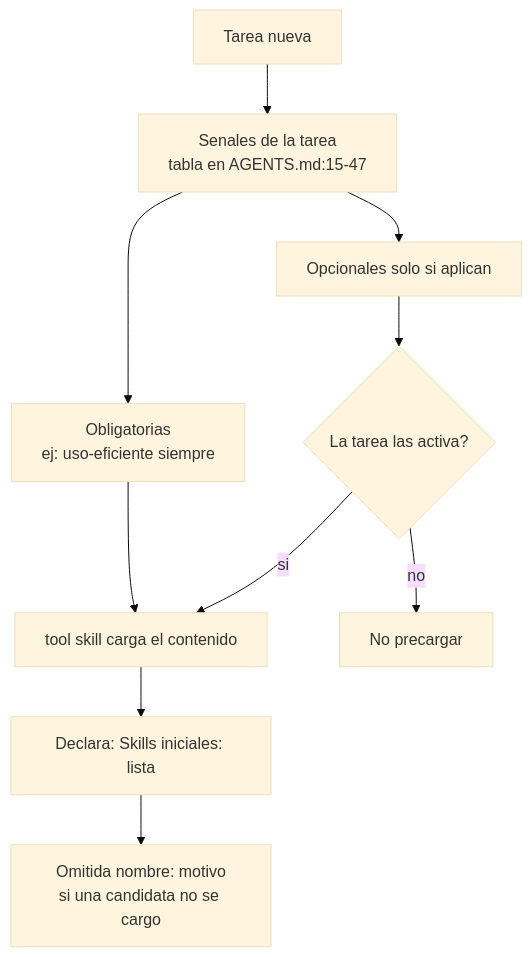
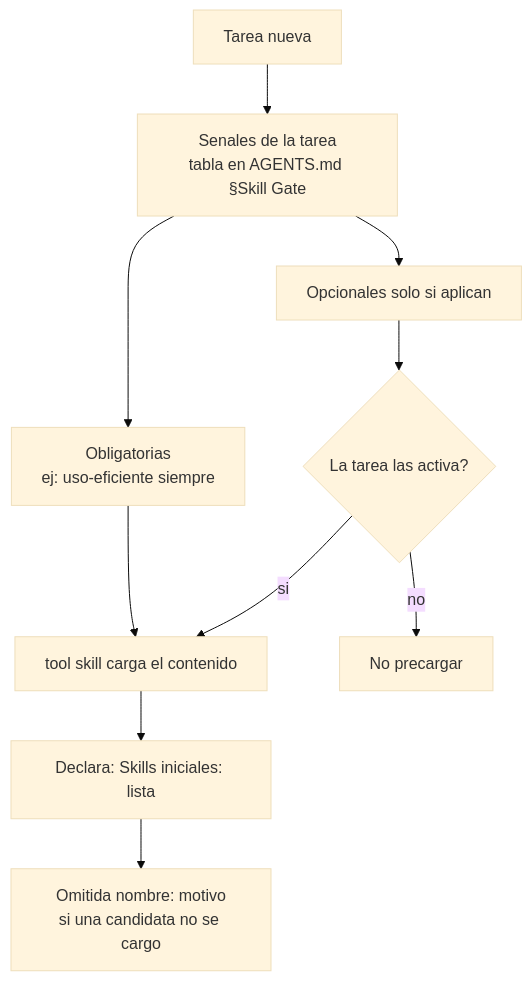
The second of 7 diagrams in .opencode/Logs/pipeline-ejecucion-tareas.md (darman-prog/HarnessConfig), drawn with Mermaid (base theme) before and after one commit. The commit also changed other lines of this file and 2 other files, not shown here.

````diff
--- a/.opencode/Logs/pipeline-ejecucion-tareas.md
+++ b/.opencode/Logs/pipeline-ejecucion-tareas.md
@@ -69,13 +70,13 @@
 ```mermaid
 flowchart TD
-    T["Tarea nueva"] --> S["Senales de la tarea<br/>tabla en AGENTS.md:15-47"]
+    T["Tarea nueva"] --> S["Senales de la tarea<br/>tabla en AGENTS.md §Skill Gate"]
     S --> OB["Obligatorias<br/>ej: uso-eficiente siempre"]
     S --> OP["Opcionales solo si aplican"]
     OB --> C["tool skill carga el contenido"]
     OP --> Q{"La tarea las activa?"}
     Q --> |"si"| C
     Q --> |"no"| N["No precargar"]
     C --> D["Declara: Skills iniciales: lista"]
     D --> O2["Omitida nombre: motivo<br/>si una candidata no se cargo"]
     click D href "#sec-7" "Ir al loop de commit"
 ```
````
